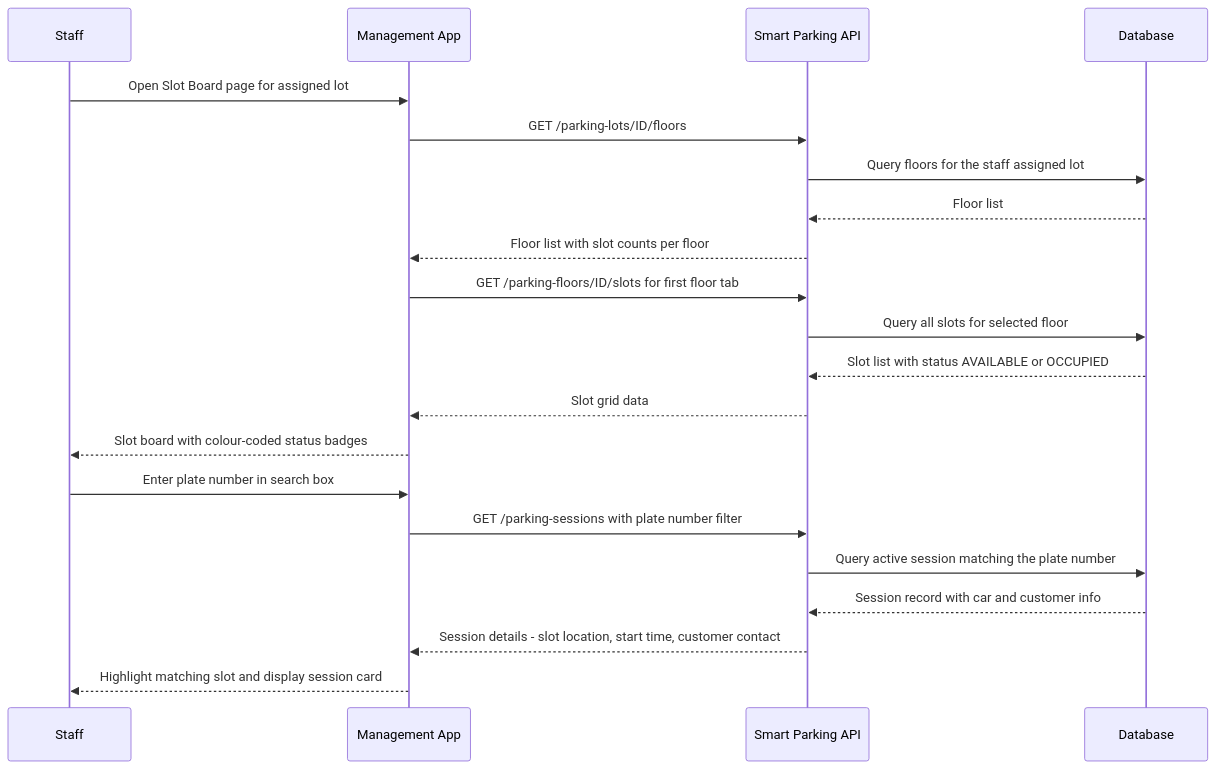
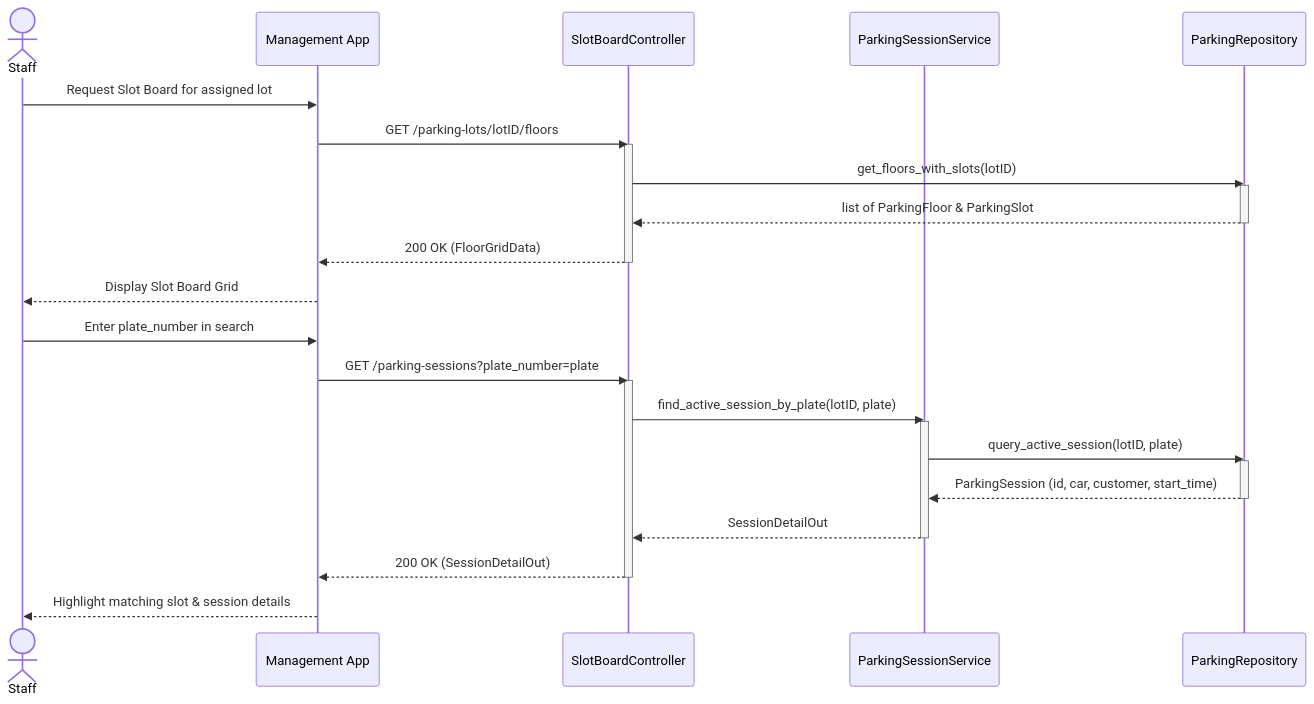
Before and after one commit to kxunsithu/smart-parking-lot-system: diagram 13 of 16 in docs/Smart_Parking_Lot_System_Documentation.md, drawn with Mermaid. The commit also changed other lines of this file and 1 other file, not shown here.

````diff
--- a/docs/Smart_Parking_Lot_System_Documentation.md
+++ b/docs/Smart_Parking_Lot_System_Documentation.md
@@ -1027,25 +1290,34 @@
 ```mermaid
 sequenceDiagram
-    participant Staff
-    participant App as Management App
-    participant API as Smart Parking API
-    participant DB as Database
+    actor Staff
+    participant UI as Management App
+    participant API as SlotBoardController
+    participant Service as ParkingSessionService
+    participant DB as ParkingRepository
 
-    Staff->>App: Open Slot Board page for assigned lot
-    App->>API: GET /parking-lots/ID/floors
-    API->>DB: Query floors for the staff assigned lot
-    DB-->>API: Floor list
-    API-->>App: Floor list with slot counts per floor
-    App->>API: GET /parking-floors/ID/slots for first floor tab
-    API->>DB: Query all slots for selected floor
-    DB-->>API: Slot list with status AVAILABLE or OCCUPIED
-    API-->>App: Slot grid data
-    App-->>Staff: Slot board with colour-coded status badges
+    Staff->>UI: Request Slot Board for assigned lot
+    UI->>API: GET /parking-lots/lotID/floors
+    activate API
+    API->>DB: get_floors_with_slots(lotID)
+    activate DB
+    DB-->>API: list of ParkingFloor & ParkingSlot
+    deactivate DB
+    API-->>UI: 200 OK (FloorGridData)
+    deactivate API
+    UI-->>Staff: Display Slot Board Grid
 
-    Staff->>App: Enter plate number in search box
-    App->>API: GET /parking-sessions with plate number filter
-    API->>DB: Query active session matching the plate number
-    DB-->>API: Session record with car and customer info
-    API-->>App: Session details - slot location, start time, customer contact
-    App-->>Staff: Highlight matching slot and display session card
+    Staff->>UI: Enter plate_number in search
+    UI->>API: GET /parking-sessions?plate_number=plate
+    activate API
+    API->>Service: find_active_session_by_plate(lotID, plate)
+    activate Service
+    Service->>DB: query_active_session(lotID, plate)
+    activate DB
+    DB-->>Service: ParkingSession (id, car, customer, start_time)
+    deactivate DB
+    Service-->>API: SessionDetailOut
+    deactivate Service
+    API-->>UI: 200 OK (SessionDetailOut)
+    deactivate API
+    UI-->>Staff: Highlight matching slot & session details
 ```
````
